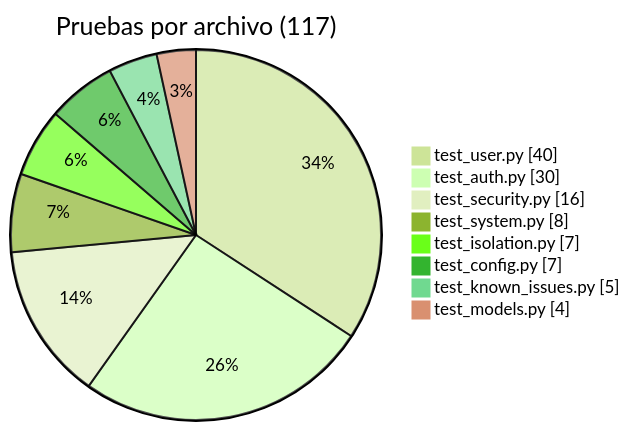
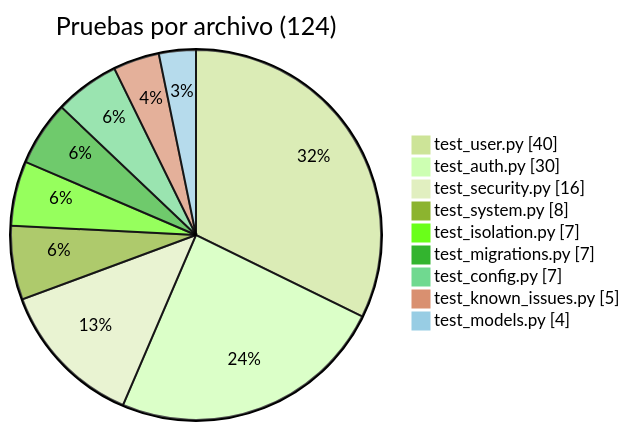
Before and after one commit to AGA-Studio/Member-Web: the first of 8 diagrams in docs/TESTING.md, drawn with Mermaid (forest theme). The commit also changed other lines of this file, not shown here.

Commit message:
docs: agregar pruebas de migraciones y hallazgo h7

````diff
--- a/docs/TESTING.md
+++ b/docs/TESTING.md
@@ -34,12 +35,13 @@
 ```mermaid
 pie showData
-    title Pruebas por archivo (117)
+    title Pruebas por archivo (124)
     "test_user.py" : 40
     "test_auth.py" : 30
     "test_security.py" : 16
     "test_system.py" : 8
     "test_isolation.py" : 7
+    "test_migrations.py" : 7
     "test_config.py" : 7
     "test_known_issues.py" : 5
     "test_models.py" : 4
 ```
````
